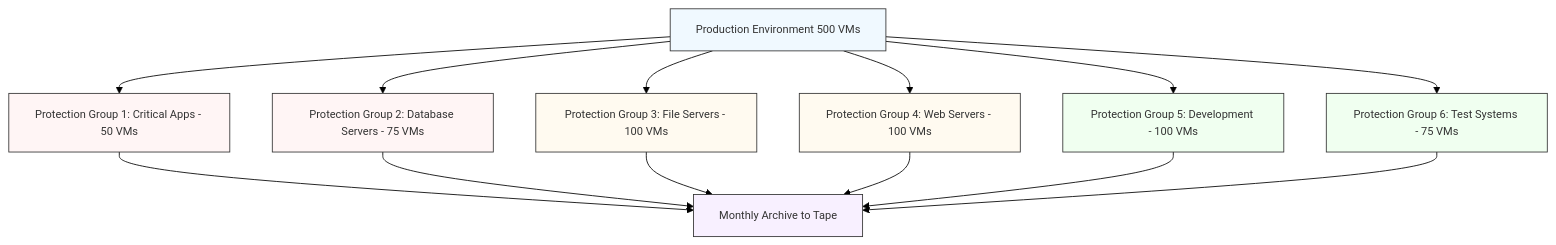
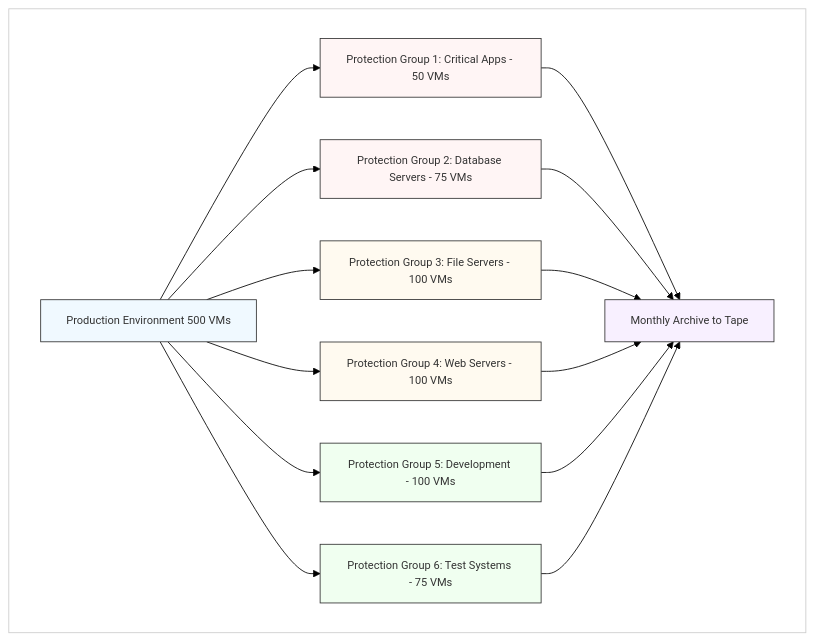
Before and after one commit to TarSemaj/storage-protect-galaxy: the eighth of 17 diagrams in blueprint/integrations/data-protect/defender-data-protect-with-storage-protect-tape-integration.md, drawn with Mermaid. The commit also changed other lines of this file, not shown here.

Commit message:
Diagram formatting changes

````diff
--- a/blueprint/integrations/data-protect/defender-data-protect-with-storage-protect-tape-integration.md
+++ b/blueprint/integrations/data-protect/defender-data-protect-with-storage-protect-tape-integration.md
@@ -620,21 +624,24 @@
 ```mermaid
 %%{init: {'theme':'base', 'themeVariables': {'fontSize':'13px', 'fontFamily':'arial', 'background':'white', 'primaryBackground':'white', 'nodeBorder':'#333333', 'edgeLabelBackground':'white'}}}%%
 graph TD
-    A[Production Environment 500 VMs] --> B[Protection Group 1: Critical Apps - 50 VMs]
-    A --> C[Protection Group 2: Database Servers - 75 VMs]
-    A --> D[Protection Group 3: File Servers - 100 VMs]
-    A --> E[Protection Group 4: Web Servers - 100 VMs]
-    A --> F[Protection Group 5: Development - 100 VMs]
-    A --> G[Protection Group 6: Test Systems - 75 VMs]
-    
-    B & C & D & E & F & G --> H[Monthly Archive to Tape]
-    
+    subgraph BG[" "]
+        A[Production Environment 500 VMs] --> B[Protection Group 1: Critical Apps - 50 VMs]
+        A --> C[Protection Group 2: Database Servers - 75 VMs]
+        A --> D[Protection Group 3: File Servers - 100 VMs]
+        A --> E[Protection Group 4: Web Servers - 100 VMs]
+        A --> F[Protection Group 5: Development - 100 VMs]
+        A --> G[Protection Group 6: Test Systems - 75 VMs]
+        
+        B & C & D & E & F & G --> H[Monthly Archive to Tape]
+    end
+
+    style BG fill:white,stroke:#cccccc
     style A fill:#f0f9ff
     style B fill:#fff5f5
     style C fill:#fff5f5
     style D fill:#fffaf0
     style E fill:#fffaf0
     style F fill:#f0fff0
     style G fill:#f0fff0
     style H fill:#f8f0ff
 ```
````
